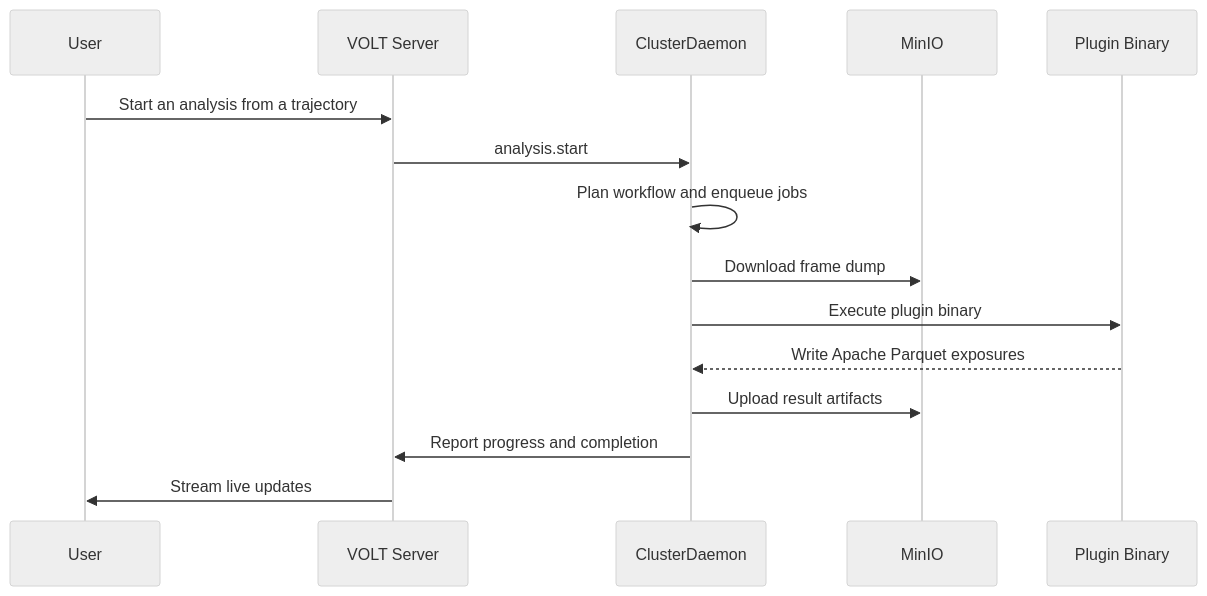
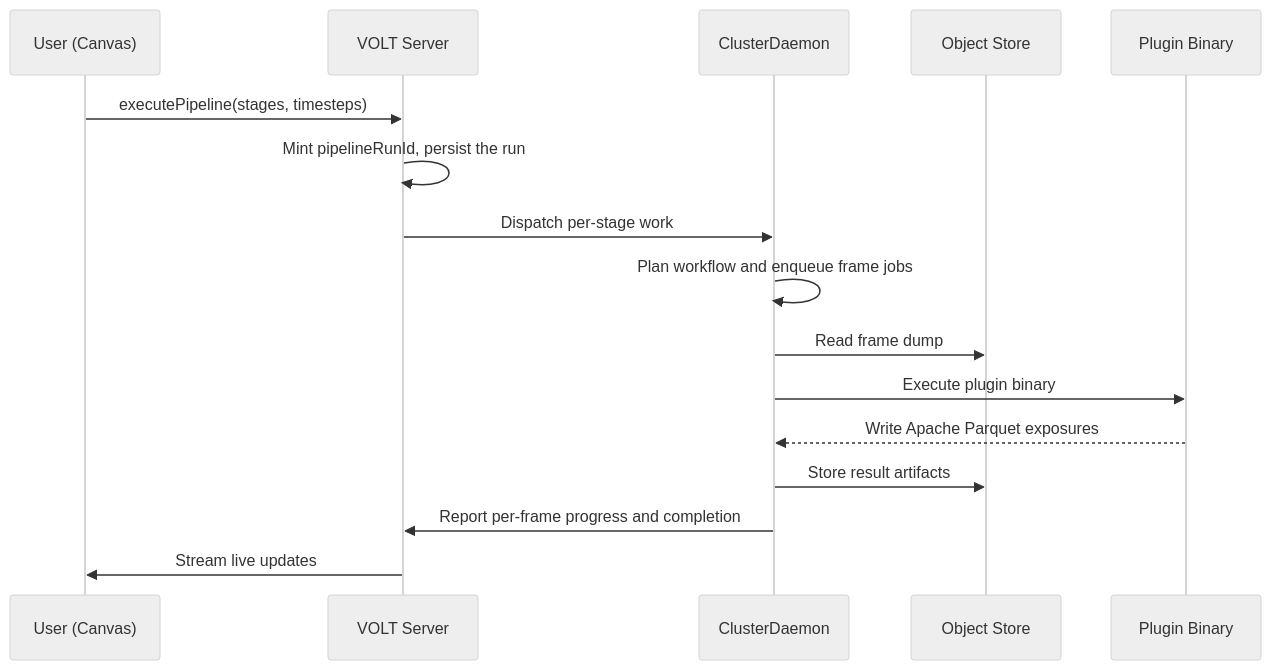
The second of 2 diagrams in content/docs/architecture.mdx (VoltLabs-Research/docs.voltcloud.dev), drawn with Mermaid (neutral theme) before and after one commit. The commit also changed other lines of this file and 27 other files, not shown here.

````diff
--- a/content/docs/architecture.mdx
+++ b/content/docs/architecture.mdx
@@ -81,18 +108,19 @@
 ```mermaid
 sequenceDiagram
-    participant U as User
+    participant U as User (Canvas)
     participant S as VOLT Server
     participant D as ClusterDaemon
-    participant M as MinIO
+    participant O as Object Store
     participant P as Plugin Binary
 
-    U->>S: Start an analysis from a trajectory
-    S->>D: analysis.start
-    D->>D: Plan workflow and enqueue jobs
-    D->>M: Download frame dump
+    U->>S: executePipeline(stages, timesteps)
+    S->>S: Mint pipelineRunId, persist the run
+    S->>D: Dispatch per-stage work
+    D->>D: Plan workflow and enqueue frame jobs
+    D->>O: Read frame dump
     D->>P: Execute plugin binary
     P-->>D: Write Apache Parquet exposures
-    D->>M: Upload result artifacts
-    D->>S: Report progress and completion
+    D->>O: Store result artifacts
+    D->>S: Report per-frame progress and completion
     S->>U: Stream live updates
 ```
````
